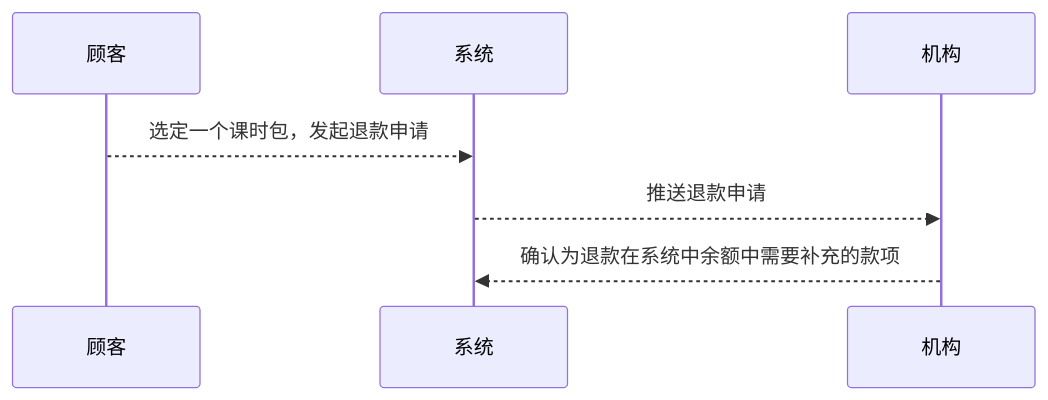
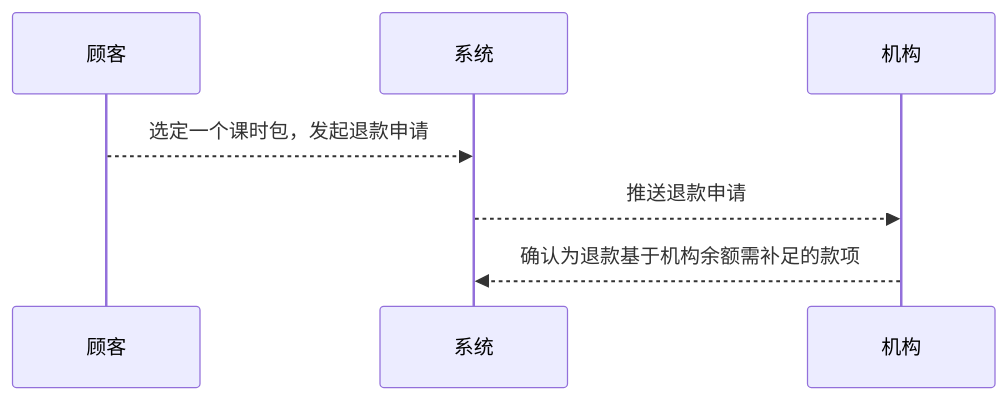
Before and after one commit to world-wide-web/sign: the diagram in 模块/课时包/用例/退课时包.md, drawn with Mermaid. The commit also changed other lines of this file, not shown here.

````diff
--- a/模块/课时包/用例/退课时包.md
+++ b/模块/课时包/用例/退课时包.md
@@ -10,9 +10,9 @@
 	```mermaid
 	sequenceDiagram
 
 	顾客-->>系统: 选定一个课时包，发起退款申请
 
 	系统-->>机构: 推送退款申请
 
-	机构-->>系统: 确认为退款在系统中余额中需要补充的款项
+	机构-->>系统: 确认为退款基于机构余额需补足的款项
 	```
````
